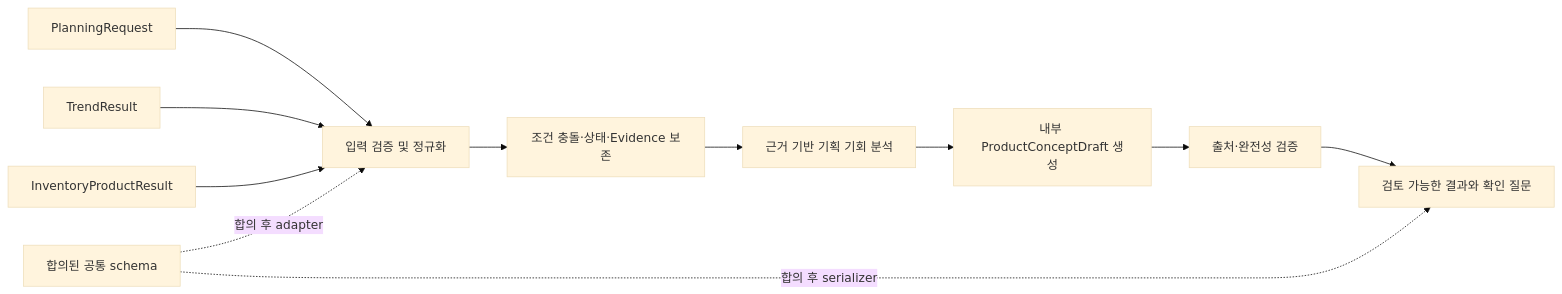
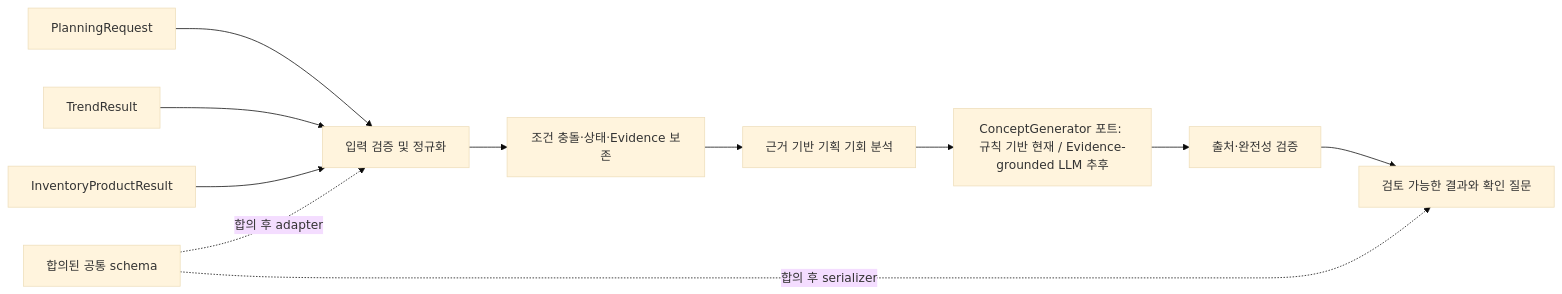
The diagram in docs/design/implementation-roadmap.md (KG-RAG-02/fashion-planner-novelty), drawn with Mermaid (base theme) before and after one commit. The commit also changed other lines of this file and 13 other files, not shown here.

Commit message:
feat: add evidence-backed opportunity analysis and LLM boundary

````diff
--- a/docs/design/implementation-roadmap.md
+++ b/docs/design/implementation-roadmap.md
@@ -34,13 +34,13 @@
 ```mermaid
 flowchart LR
     A[PlanningRequest] --> N[입력 검증 및 정규화]
     B[TrendResult] --> N
     C[InventoryProductResult] --> N
     N --> X[조건 충돌·상태·Evidence 보존]
     X --> O[근거 기반 기획 기회 분석]
-    O --> G[내부 ProductConceptDraft 생성]
+    O --> G[ConceptGenerator 포트: 규칙 기반 현재 / Evidence-grounded LLM 추후]
     G --> V[출처·완전성 검증]
     V --> R[검토 가능한 결과와 확인 질문]
     W[합의된 공통 schema] -. 합의 후 adapter .-> N
     W -. 합의 후 serializer .-> R
 ```
````
